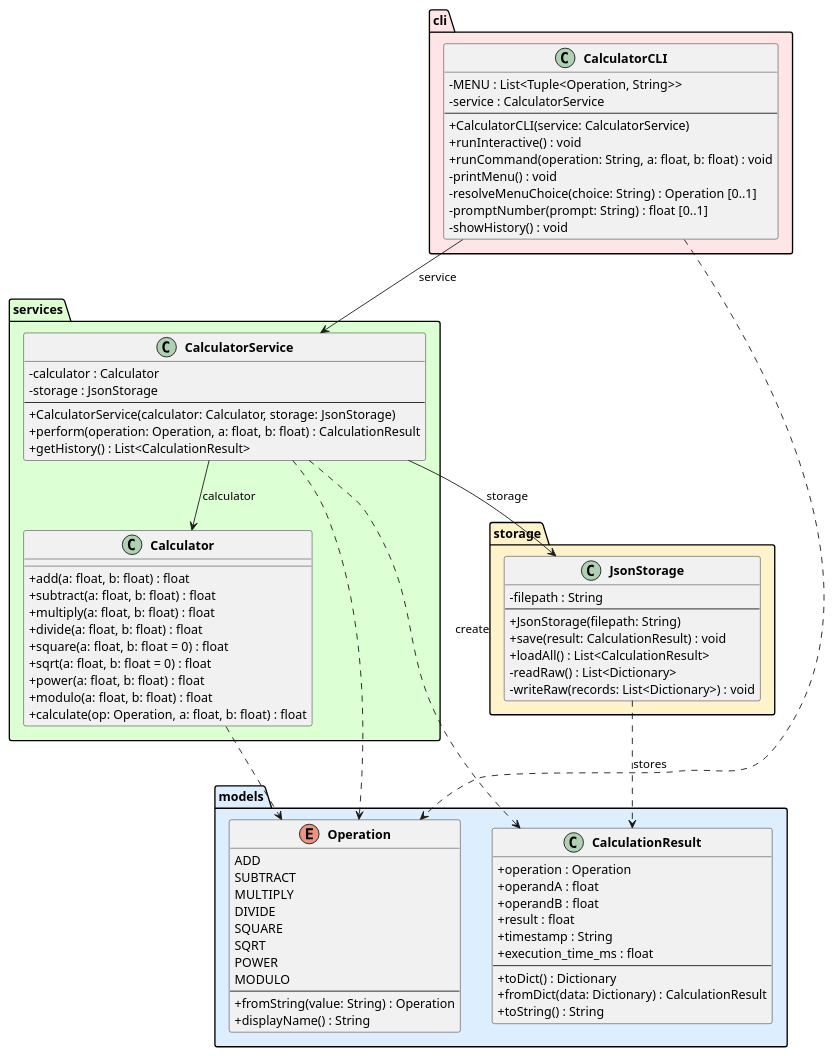
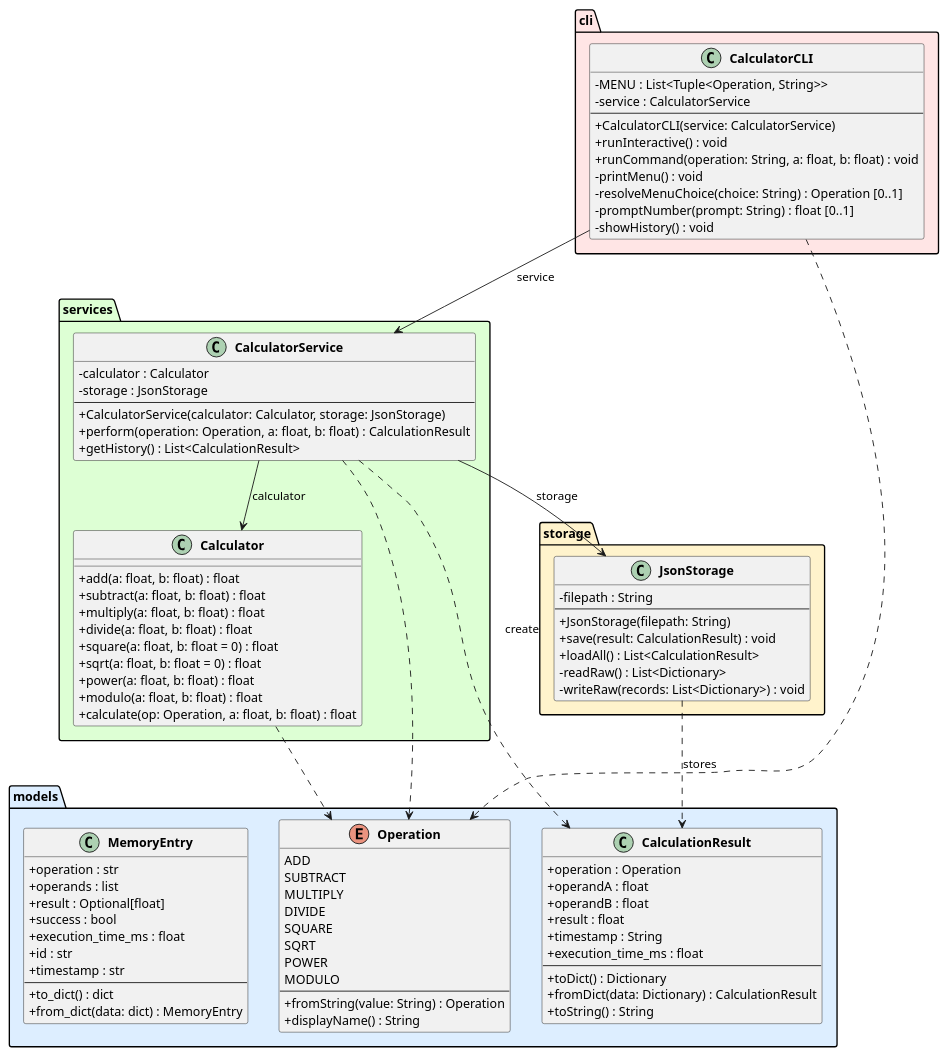
Before and after one commit to DanielRiha8906/Software_autoevolution_using_agents: the diagram in experiments/pipeline/test_driven/calculator/artifacts/class_diagram.puml, drawn with PlantUML. The commit also changed 7 other files, not shown here.

```diff
--- a/experiments/pipeline/test_driven/calculator/artifacts/class_diagram.puml
+++ b/experiments/pipeline/test_driven/calculator/artifacts/class_diagram.puml
@@ -1,95 +1,108 @@
 @startuml class_diagram
 
 skinparam classAttributeIconSize 0
 skinparam classFontStyle bold
 
 package "models" #DDEEFF {
     enum Operation {
         ADD
         SUBTRACT
         MULTIPLY
         DIVIDE
         SQUARE
         SQRT
         POWER
         MODULO
         --
         +fromString(value: String) : Operation
         +displayName() : String
     }
 
     class CalculationResult {
         +operation : Operation
         +operandA : float
         +operandB : float
         +result : float
         +timestamp : String
         +execution_time_ms : float
         --
         +toDict() : Dictionary
         +fromDict(data: Dictionary) : CalculationResult
         +toString() : String
+    }
+
+    class MemoryEntry {
+        +operation : str
+        +operands : list
+        +result : Optional[float]
+        +success : bool
+        +execution_time_ms : float
+        +id : str
+        +timestamp : str
+        --
+        +to_dict() : dict
+        +from_dict(data: dict) : MemoryEntry
     }
 }
 
 package "services" #DDFFD4 {
     class Calculator {
         +add(a: float, b: float) : float
         +subtract(a: float, b: float) : float
         +multiply(a: float, b: float) : float
         +divide(a: float, b: float) : float
         +square(a: float, b: float = 0) : float
         +sqrt(a: float, b: float = 0) : float
         +power(a: float, b: float) : float
         +modulo(a: float, b: float) : float
         +calculate(op: Operation, a: float, b: float) : float
     }
 
     class CalculatorService {
         -calculator : Calculator
         -storage : JsonStorage
         --
         +CalculatorService(calculator: Calculator, storage: JsonStorage)
         +perform(operation: Operation, a: float, b: float) : CalculationResult
         +getHistory() : List<CalculationResult>
     }
 }
 
 package "storage" #FFF3CC {
     class JsonStorage {
         -filepath : String
         --
         +JsonStorage(filepath: String)
         +save(result: CalculationResult) : void
         +loadAll() : List<CalculationResult>
         -readRaw() : List<Dictionary>
         -writeRaw(records: List<Dictionary>) : void
     }
 }
 
 package "cli" #FFE5E5 {
     class CalculatorCLI {
         -MENU : List<Tuple<Operation, String>>
         -service : CalculatorService
         --
         +CalculatorCLI(service: CalculatorService)
         +runInteractive() : void
         +runCommand(operation: String, a: float, b: float) : void
         -printMenu() : void
         -resolveMenuChoice(choice: String) : Operation [0..1]
         -promptNumber(prompt: String) : float [0..1]
         -showHistory() : void
     }
 }
 
 CalculatorCLI --> CalculatorService : service
 CalculatorService --> Calculator : calculator
 CalculatorService --> JsonStorage : storage
 
 CalculatorService ..> CalculationResult : create
 CalculatorService ..> Operation
 CalculatorCLI ..> Operation
 Calculator ..> Operation
 JsonStorage ..> CalculationResult : stores
 
 @enduml
```
